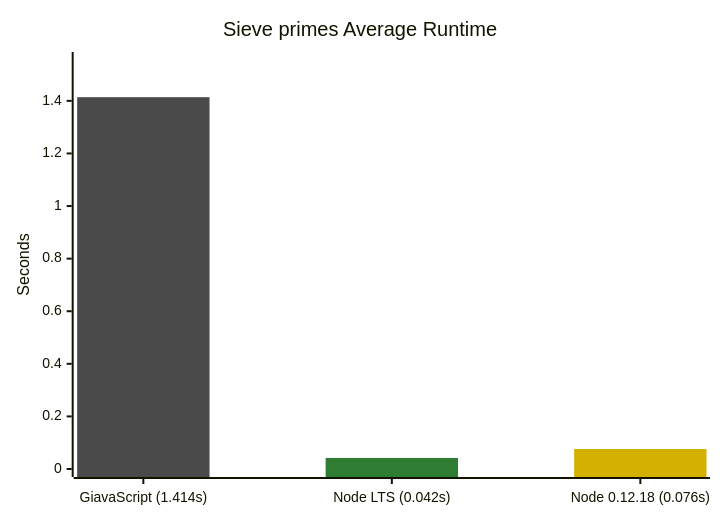
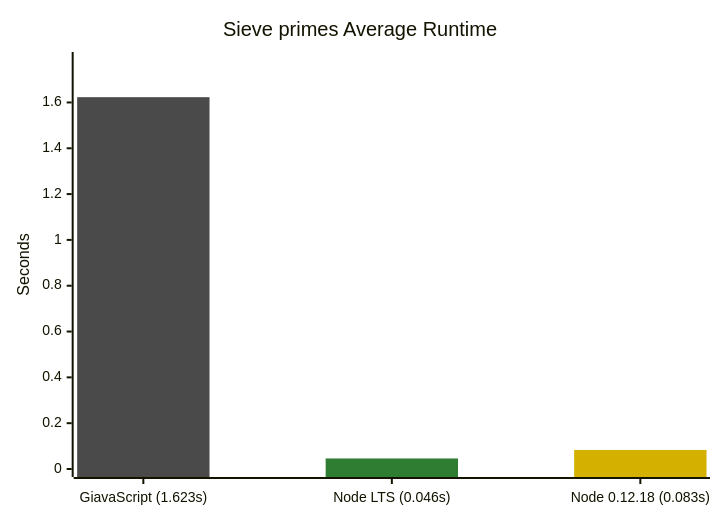
The fifth of 5 diagrams in README.md (GiavaScript/GiavaScript), drawn with Mermaid before and after one commit. The commit also changed other lines of this file and 2 other files, not shown here.

````diff
--- a/README.md
+++ b/README.md
@@ -127,10 +127,10 @@
 ```mermaid
 %%{init: {"themeVariables": {"xyChart": {"plotColorPalette": "#4a4a4a, #2e7d32, #d4b000"}}}}%%
 xychart-beta
     title "Sieve primes Average Runtime"
-    x-axis ["GiavaScript (1.414s)", "Node LTS (0.042s)", "Node 0.12.18 (0.076s)"]
-    y-axis "Seconds" 0 --> 1.5554
-    bar [1.414, -1, -1]
-    bar [-1, 0.042, -1]
-    bar [-1, -1, 0.076]
+    x-axis ["GiavaScript (1.623s)", "Node LTS (0.046s)", "Node 0.12.18 (0.083s)"]
+    y-axis "Seconds" 0 --> 1.7853
+    bar [1.623, -1, -1]
+    bar [-1, 0.046, -1]
+    bar [-1, -1, 0.083]
 ```
````
